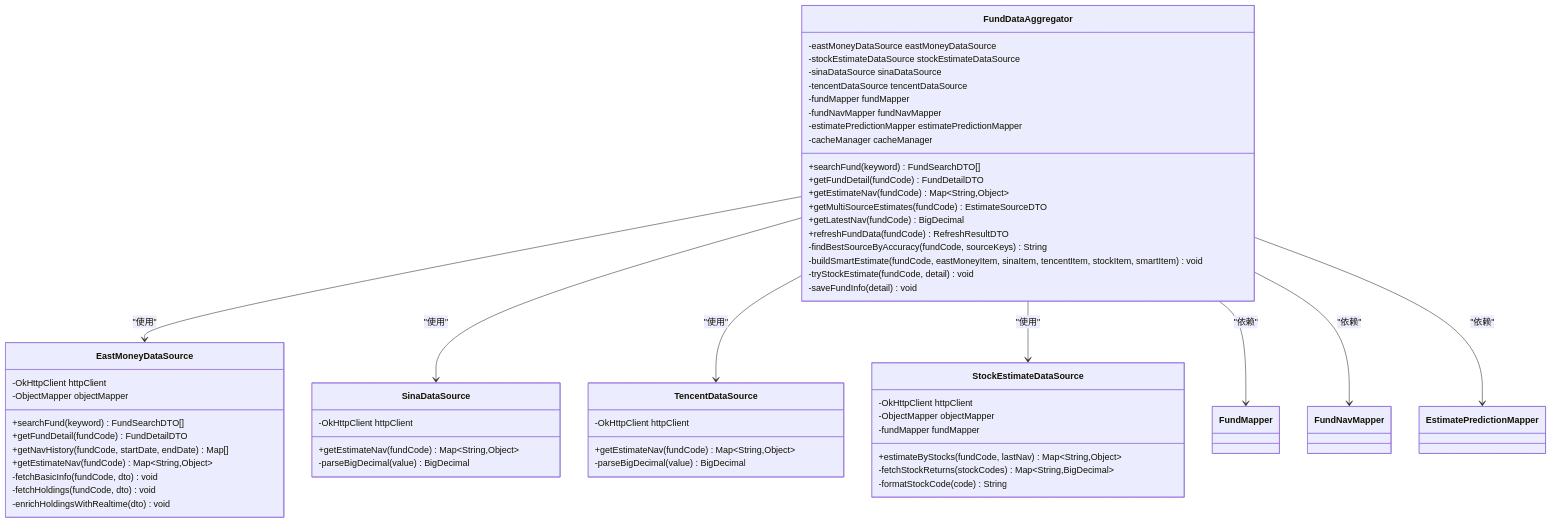
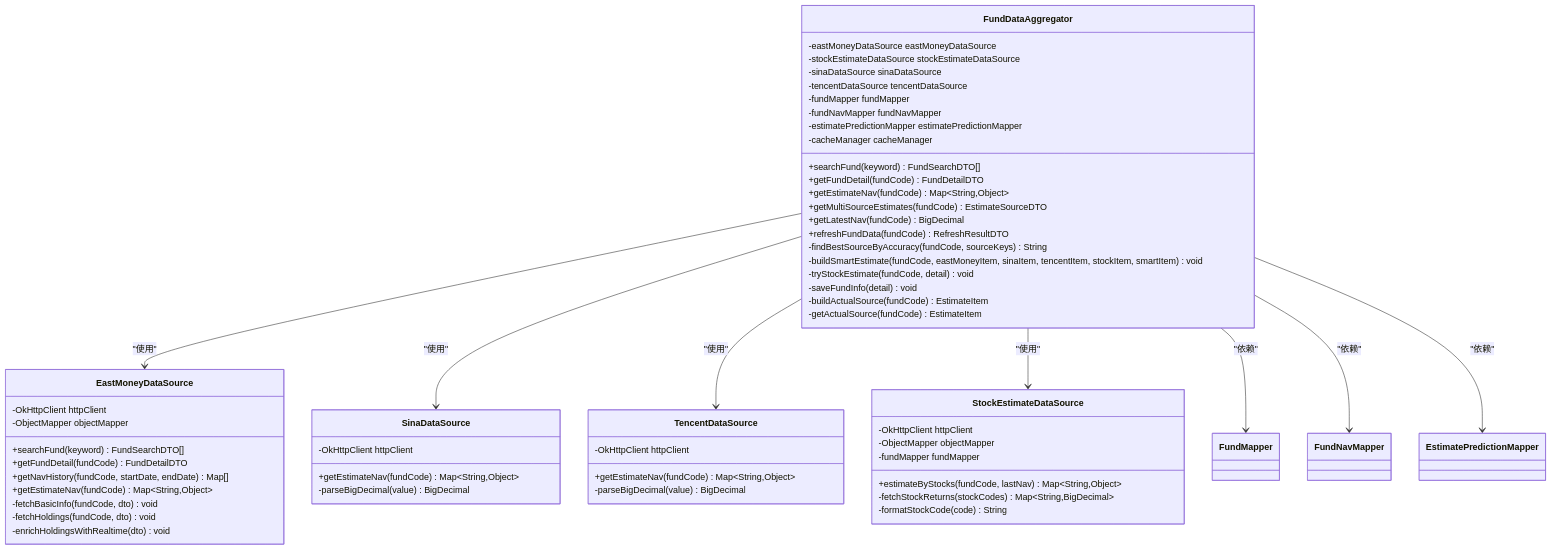
One commit to gree-coder/fund-butler changed the third of 15 diagrams in .qoder/repowiki/zh/content/核心功能开发/多源基金估值系统.md. Above: the diagram before and after it, drawn with Mermaid. The commit also changed other lines of this file and 11 other files, not shown here.

````diff
--- a/.qoder/repowiki/zh/content/核心功能开发/多源基金估值系统.md
+++ b/.qoder/repowiki/zh/content/核心功能开发/多源基金估值系统.md
@@ -199,59 +203,61 @@
 ```mermaid
 classDiagram
 class FundDataAggregator {
 -eastMoneyDataSource eastMoneyDataSource
 -stockEstimateDataSource stockEstimateDataSource
 -sinaDataSource sinaDataSource
 -tencentDataSource tencentDataSource
 -fundMapper fundMapper
 -fundNavMapper fundNavMapper
 -estimatePredictionMapper estimatePredictionMapper
 -cacheManager cacheManager
 +searchFund(keyword) FundSearchDTO[]
 +getFundDetail(fundCode) FundDetailDTO
 +getEstimateNav(fundCode) Map~String,Object~
 +getMultiSourceEstimates(fundCode) EstimateSourceDTO
 +getLatestNav(fundCode) BigDecimal
 +refreshFundData(fundCode) RefreshResultDTO
 -findBestSourceByAccuracy(fundCode, sourceKeys) String
 -buildSmartEstimate(fundCode, eastMoneyItem, sinaItem, tencentItem, stockItem, smartItem) void
 -tryStockEstimate(fundCode, detail) void
 -saveFundInfo(detail) void
+-buildActualSource(fundCode) EstimateItem
+-getActualSource(fundCode) EstimateItem
 }
 class EastMoneyDataSource {
 -OkHttpClient httpClient
 -ObjectMapper objectMapper
 +searchFund(keyword) FundSearchDTO[]
 +getFundDetail(fundCode) FundDetailDTO
 +getNavHistory(fundCode, startDate, endDate) Map[]
 +getEstimateNav(fundCode) Map~String,Object~
 -fetchBasicInfo(fundCode, dto) void
 -fetchHoldings(fundCode, dto) void
 -enrichHoldingsWithRealtime(dto) void
 }
 class SinaDataSource {
 -OkHttpClient httpClient
 +getEstimateNav(fundCode) Map~String,Object~
 -parseBigDecimal(value) BigDecimal
 }
 class TencentDataSource {
 -OkHttpClient httpClient
 +getEstimateNav(fundCode) Map~String,Object~
 -parseBigDecimal(value) BigDecimal
 }
 class StockEstimateDataSource {
 -OkHttpClient httpClient
 -ObjectMapper objectMapper
 -fundMapper fundMapper
 +estimateByStocks(fundCode, lastNav) Map~String,Object~
 -fetchStockReturns(stockCodes) Map~String,BigDecimal~
 -formatStockCode(code) String
 }
 FundDataAggregator --> EastMoneyDataSource : "使用"
 FundDataAggregator --> SinaDataSource : "使用"
 FundDataAggregator --> TencentDataSource : "使用"
 FundDataAggregator --> StockEstimateDataSource : "使用"
 FundDataAggregator --> FundMapper : "依赖"
 FundDataAggregator --> FundNavMapper : "依赖"
 FundDataAggregator --> EstimatePredictionMapper : "依赖"
 ```
````
